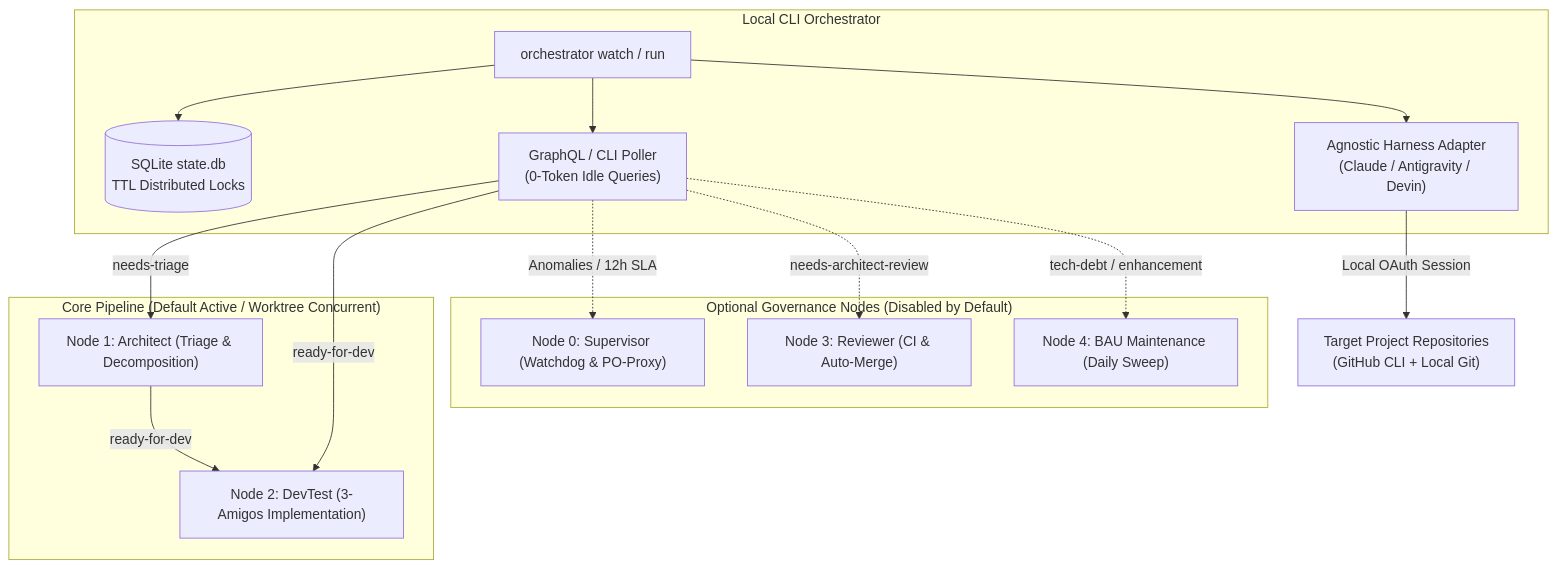
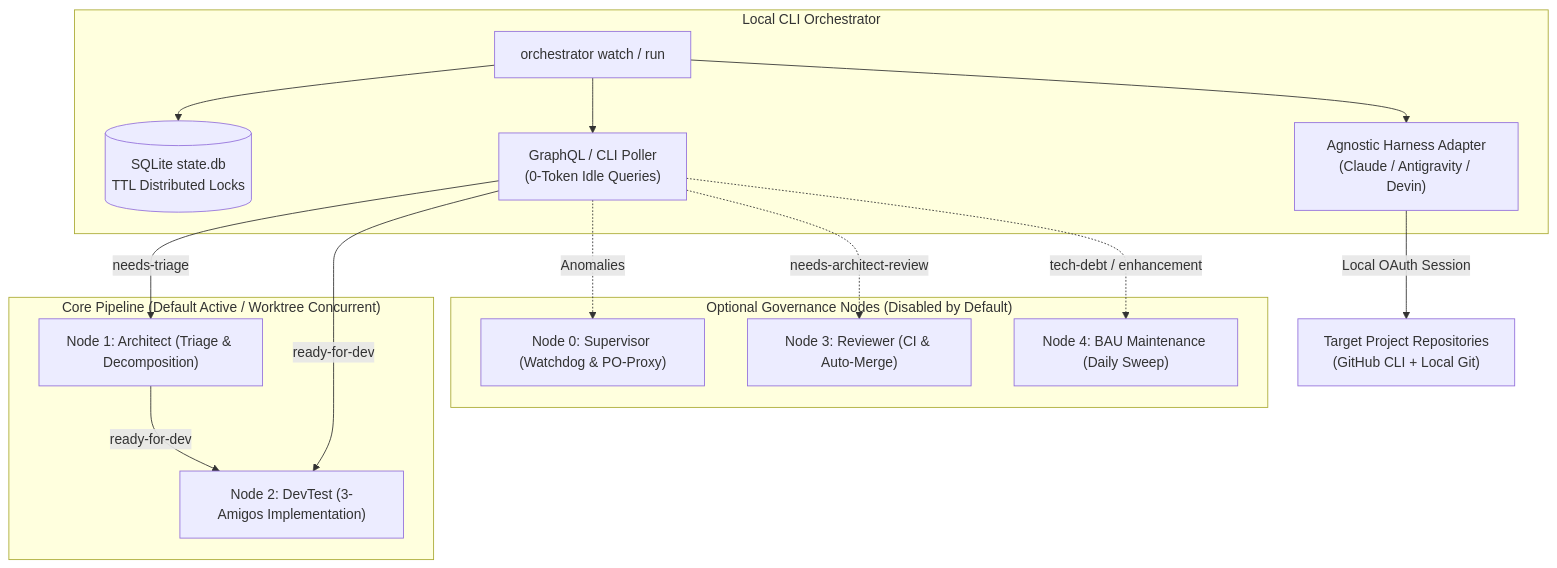
One commit to AntaresAndBharani/graph-engineering changed the diagram in docs/local-cli-pipeline.md. Above: the diagram before and after it, drawn with Mermaid. The commit also changed 5 other files, not shown here.

Commit message:
fix(supervisor): remove 12-hour stale issue SLA failure condition

````diff
--- a/docs/local-cli-pipeline.md
+++ b/docs/local-cli-pipeline.md
@@ -9,22 +9,22 @@
 ```mermaid
 flowchart TD
     subgraph Local Engine [Local CLI Orchestrator]
         CLI["orchestrator watch / run"] --> DB[(SQLite state.db\nTTL Distributed Locks)]
         CLI --> Poller["GraphQL / CLI Poller\n(0-Token Idle Queries)"]
         CLI --> Harness["Agnostic Harness Adapter\n(Claude / Antigravity / Devin)"]
     end
 
     subgraph Core 2-Node Parallel Engine ["Core Pipeline (Default Active / Worktree Concurrent)"]
         Poller -->|needs-triage| N2["Node 1: Architect (Triage & Decomposition)"]
         Poller -->|ready-for-dev| N3["Node 2: DevTest (3-Amigos Implementation)"]
         N2 -->|ready-for-dev| N3
     end
 
     subgraph Optional Governance Nodes ["Optional Governance Nodes (Disabled by Default)"]
-        Poller -.->|Anomalies / 12h SLA| N1["Node 0: Supervisor (Watchdog & PO-Proxy)"]
+        Poller -.->|Anomalies| N1["Node 0: Supervisor (Watchdog & PO-Proxy)"]
         Poller -.->|needs-architect-review| N4["Node 3: Reviewer (CI & Auto-Merge)"]
         Poller -.->|tech-debt / enhancement| N5["Node 4: BAU Maintenance (Daily Sweep)"]
     end
 
     Harness -->|Local OAuth Session| TargetRepo["Target Project Repositories\n(GitHub CLI + Local Git)"]
 ```
````
